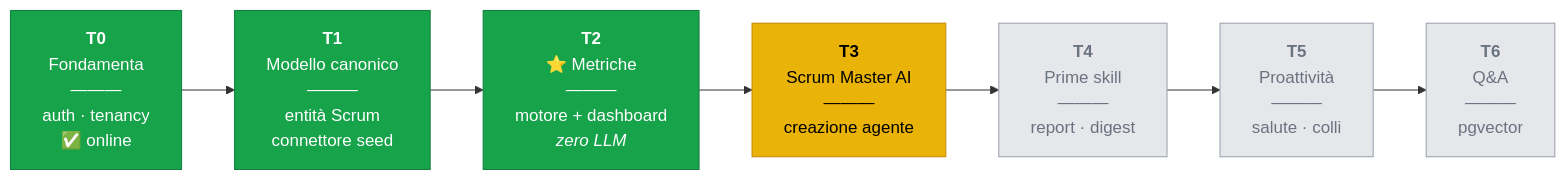
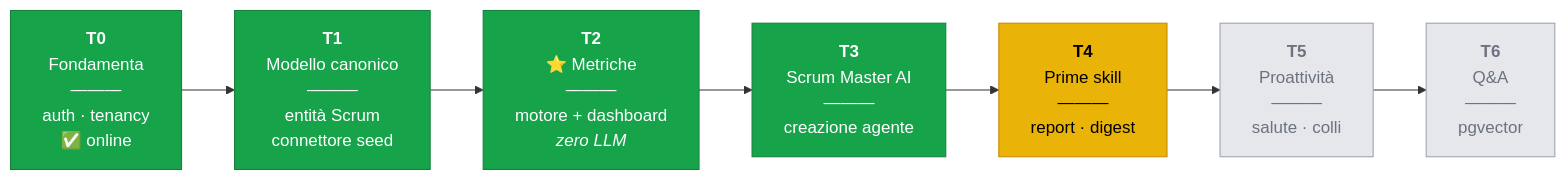
One commit to dibari62/scrum-master-ai changed the second of 3 diagrams in docs/stato-progetto.md. Above: the diagram before and after it, drawn with Mermaid. The commit also changed other lines of this file and 12 other files, not shown here.

````diff
--- a/docs/stato-progetto.md
+++ b/docs/stato-progetto.md
@@ -68,20 +68,20 @@
 ```mermaid
 graph LR
     T0["<b>T0</b><br/>Fondamenta<br/>———<br/>auth · tenancy<br/>✅ online"]
     T1["<b>T1</b><br/>Modello canonico<br/>———<br/>entità Scrum<br/>connettore seed"]
     T2["<b>T2</b><br/>⭐ Metriche<br/>———<br/>motore + dashboard<br/><i>zero LLM</i>"]
     T3["<b>T3</b><br/>Scrum Master AI<br/>———<br/>creazione agente"]
     T4["<b>T4</b><br/>Prime skill<br/>———<br/>report · digest"]
     T5["<b>T5</b><br/>Proattività<br/>———<br/>salute · colli"]
     T6["<b>T6</b><br/>Q&A<br/>———<br/>pgvector"]
 
     T0 --> T1 --> T2 --> T3 --> T4 --> T5 --> T6
 
     classDef fatto fill:#16a34a,stroke:#15803d,color:#fff
     classDef prossimo fill:#eab308,stroke:#ca8a04,color:#000
     classDef todo fill:#e5e7eb,stroke:#9ca3af,color:#6b7280
 
-    class T0,T1,T2 fatto
-    class T3 prossimo
-    class T4,T5,T6 todo
+    class T0,T1,T2,T3 fatto
+    class T4 prossimo
+    class T5,T6 todo
 ```
````
